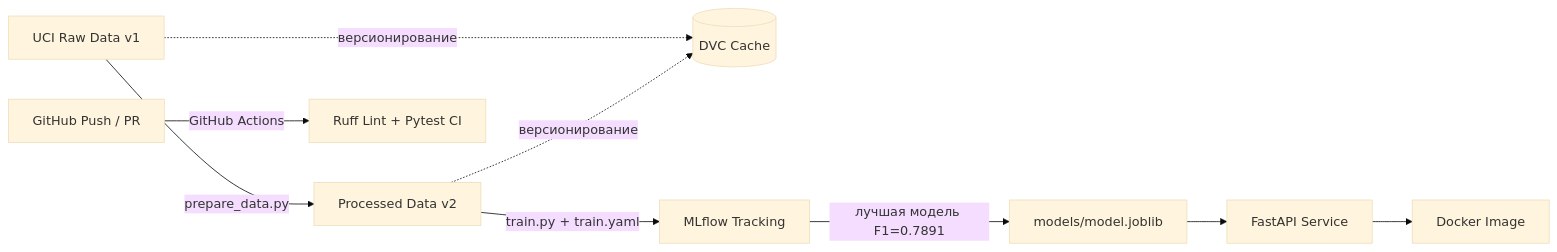
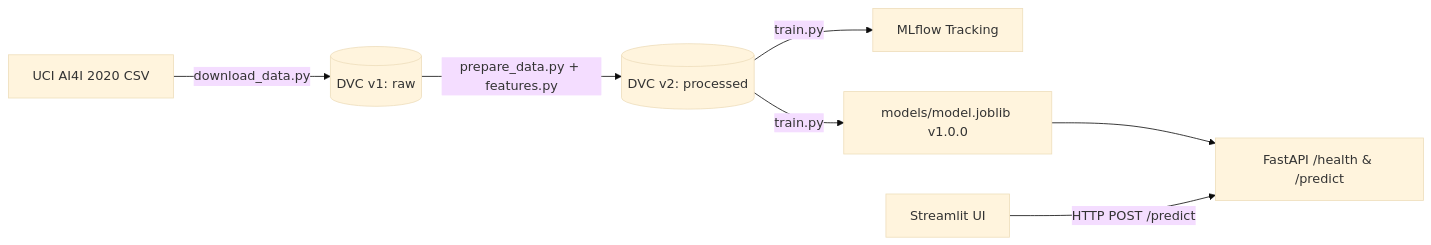
One commit to ilyakoptilin/mlops-coursework changed the first of 2 diagrams in README.md. Above: the diagram before and after it, drawn with Mermaid (base theme). The commit also changed other lines of this file and 19 other files, not shown here.

````diff
--- a/README.md
+++ b/README.md
@@ -7,10 +12,9 @@
 ```mermaid
 flowchart LR
-    A[UCI Raw Data v1] -->|prepare_data.py| B[Processed Data v2]
-    A & B -.->|версионирование| C[(DVC Cache)]
-    B -->|train.py + train.yaml| D[MLflow Tracking]
-    D -->|лучшая модель F1=0.7891| E[models/model.joblib]
-    E --> F[FastAPI Service]
-    F --> G[Docker Image]
-    H[GitHub Push / PR] -->|GitHub Actions| I[Ruff Lint + Pytest CI]
+    A[UCI AI4I 2020 CSV] -->|download_data.py| B[(DVC v1: raw)]
+    B -->|prepare_data.py + features.py| C[(DVC v2: processed)]
+    C -->|train.py| D[MLflow Tracking]
+    C -->|train.py| E[models/model.joblib v1.0.0]
+    E --> F[FastAPI /health & /predict]
+    G[Streamlit UI] -->|HTTP POST /predict| F
 ```
````
